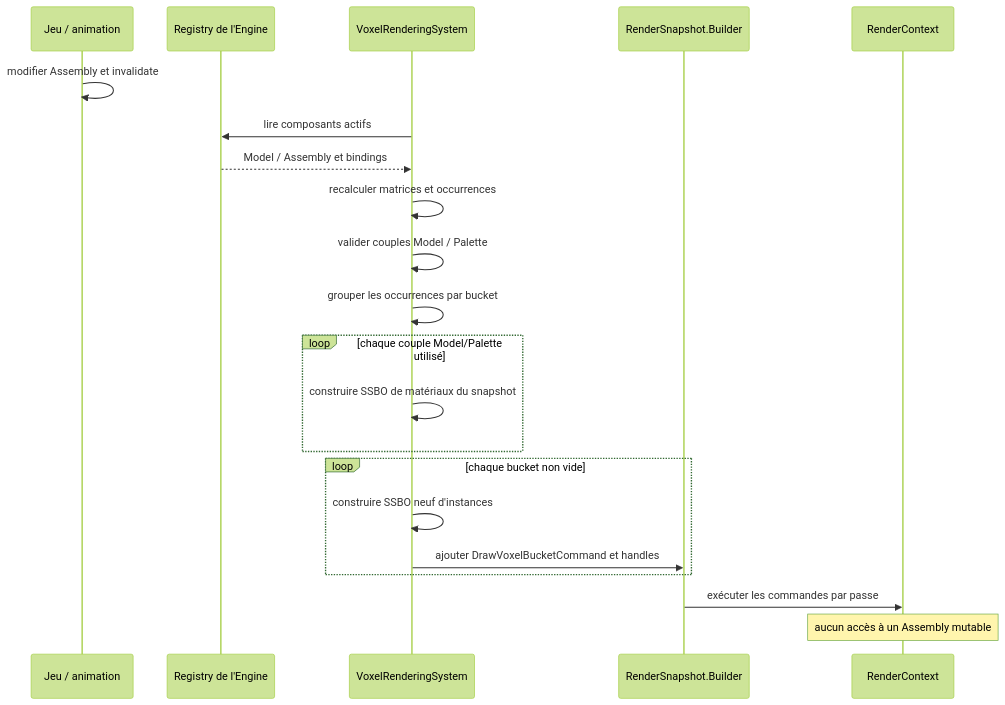
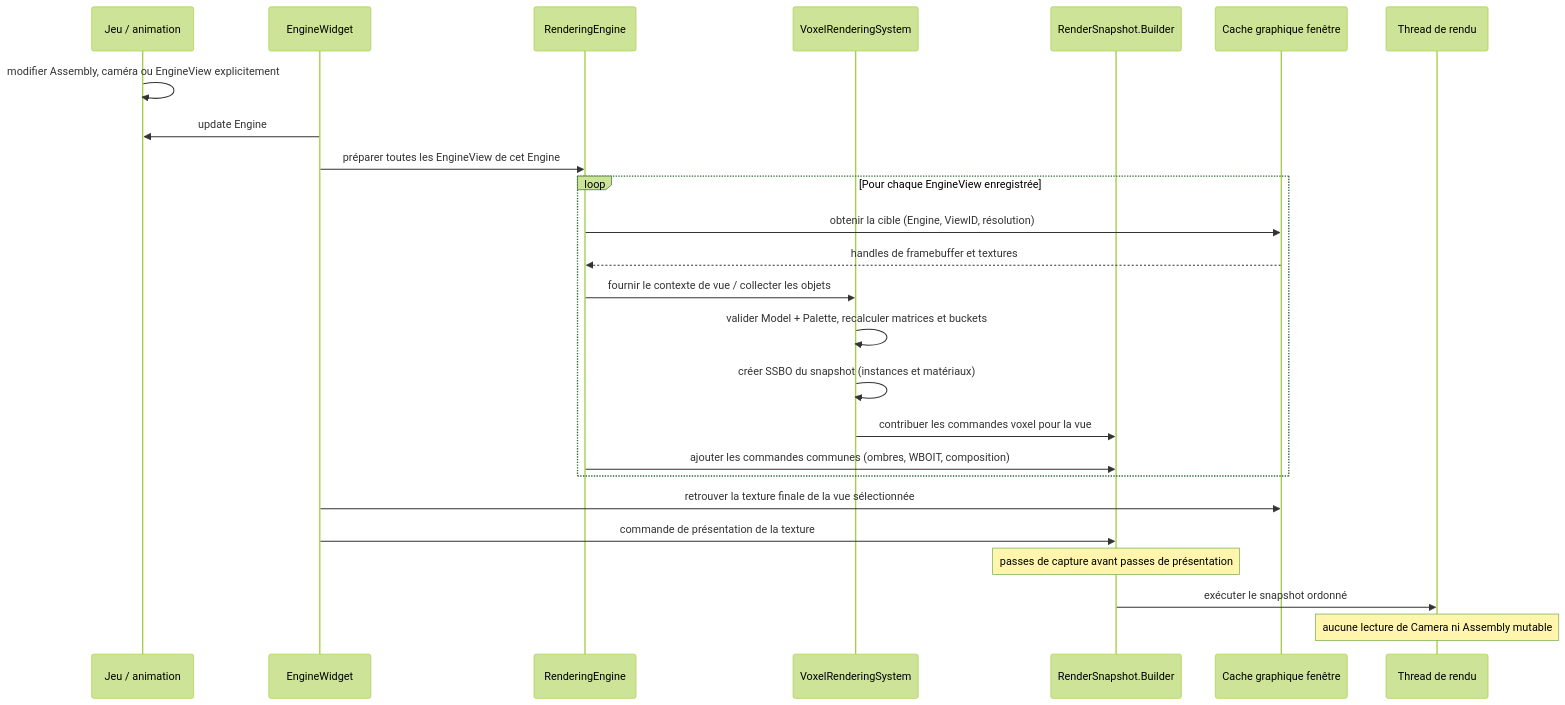
One commit to EreliaStudio/Sparkle changed the eighth of 9 diagrams in docs/voxel-engine-v0.1.4-specification.md. Above: the diagram before and after it, drawn with Mermaid (forest theme). The commit also changed other lines of this file, not shown here.

Commit message:
docs: align diagrams, snapshots, EngineView cache and widget responsibilities

````diff
--- a/docs/voxel-engine-v0.1.4-specification.md
+++ b/docs/voxel-engine-v0.1.4-specification.md
@@ -632,23 +679,27 @@
 ```mermaid
 sequenceDiagram
   participant Game as Jeu / animation
-  participant Registry as Registry de l'Engine
+  participant Widget as EngineWidget
+  participant Render as RenderingEngine
   participant System as VoxelRenderingSystem
-  participant Snapshot as RenderSnapshot.Builder
-  participant GPU as RenderContext
-  Game->>Game: modifier Assembly et invalidate
-  System->>Registry: lire composants actifs
-  Registry-->>System: Model / Assembly et bindings
-  System->>System: recalculer matrices et occurrences
-  System->>System: valider couples Model / Palette
-  System->>System: grouper les occurrences par bucket
-  loop chaque couple Model/Palette utilisé
-    System->>System: construire SSBO de matériaux du snapshot
+  participant Builder as RenderSnapshot.Builder
+  participant Cache as Cache graphique fenêtre
+  participant GPU as Thread de rendu
+  Game->>Game: modifier Assembly, caméra ou EngineView explicitement
+  Widget->>Game: update Engine
+  Widget->>Render: préparer toutes les EngineView de cet Engine
+  loop Pour chaque EngineView enregistrée
+    Render->>Cache: obtenir la cible (Engine, ViewID, résolution)
+    Cache-->>Render: handles de framebuffer et textures
+    Render->>System: fournir le contexte de vue / collecter les objets
+    System->>System: valider Model + Palette, recalculer matrices et buckets
+    System->>System: créer SSBO du snapshot (instances et matériaux)
+    System->>Builder: contribuer les commandes voxel pour la vue
+    Render->>Builder: ajouter les commandes communes (ombres, WBOIT, composition)
   end
-  loop chaque bucket non vide
-    System->>System: construire SSBO neuf d'instances
-    System->>Snapshot: ajouter DrawVoxelBucketCommand et handles
-  end
-  Snapshot->>GPU: exécuter les commandes par passe
-  Note over GPU: aucun accès à un Assembly mutable
+  Widget->>Cache: retrouver la texture finale de la vue sélectionnée
+  Widget->>Builder: commande de présentation de la texture
+  Note over Builder: passes de capture avant passes de présentation
+  Builder->>GPU: exécuter le snapshot ordonné
+  Note over GPU: aucune lecture de Camera ni Assembly mutable
 ```
````
